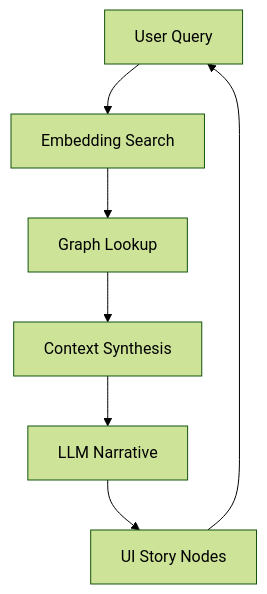
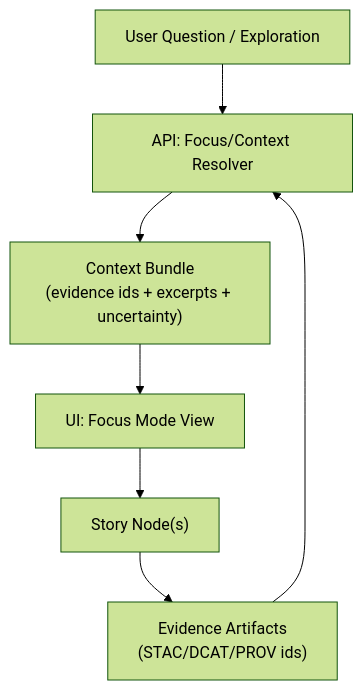
The second of 2 diagrams in docs/MASTER_GUIDE_v10.md (bartytime4life/Kansas-Frontier-Matrix), drawn with Mermaid (forest theme) before and after one commit. The commit also changed other lines of this file, not shown here.

```diff
--- a/docs/MASTER_GUIDE_v10.md
+++ b/docs/MASTER_GUIDE_v10.md
@@ -384,9 +263,9 @@
-~~~~~mermaid
+~~~mermaid
 flowchart TD
-  A["User Query"] --> B["Embedding Search"]
-  B --> C["Graph Lookup"]
-  C --> D["Context Synthesis"]
-  D --> E["LLM Narrative"]
-  E --> F["UI Story Nodes"]
-  F --> A
-~~~~~
+  Q["User Question / Exploration"] --> API["API: Focus/Context Resolver"]
+  API --> CTX["Context Bundle<br/>(evidence ids + excerpts + uncertainty)"]
+  CTX --> UI["UI: Focus Mode View"]
+  UI --> ST["Story Node(s)"]
+  ST --> EVID["Evidence Artifacts<br/>(STAC/DCAT/PROV ids)"]
+  EVID --> API
+~~~
```
